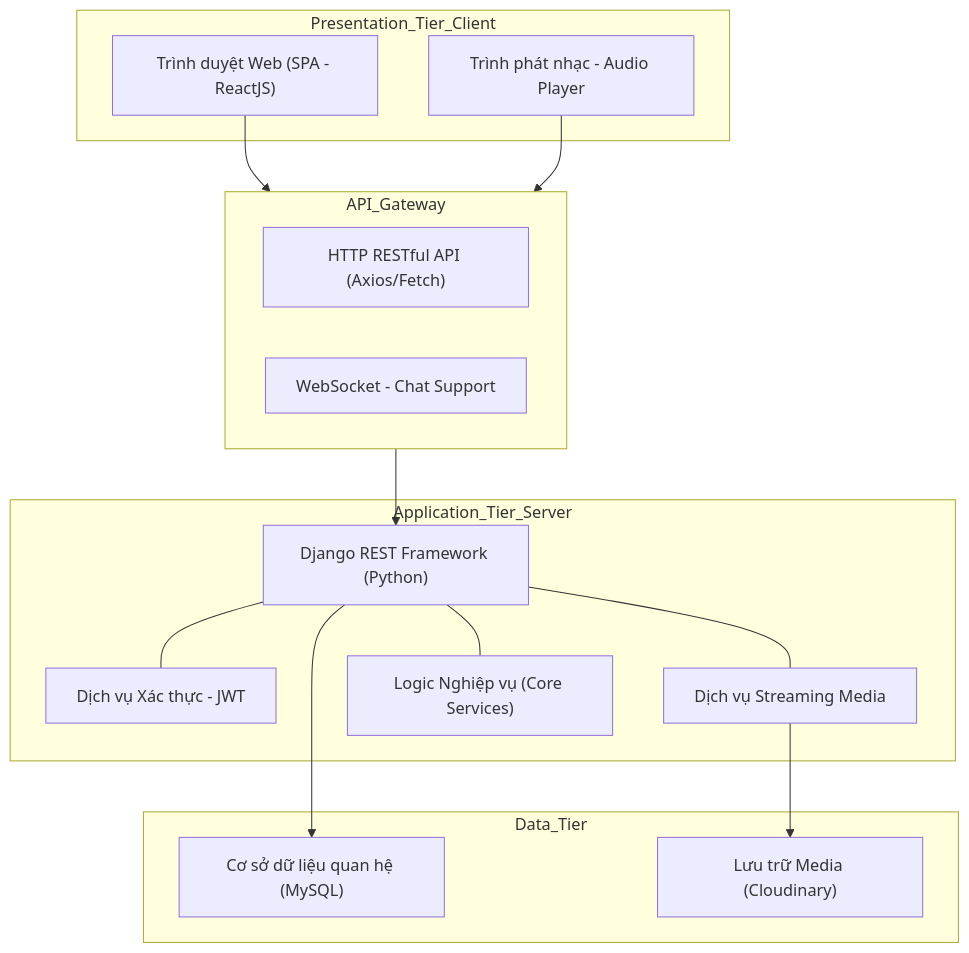
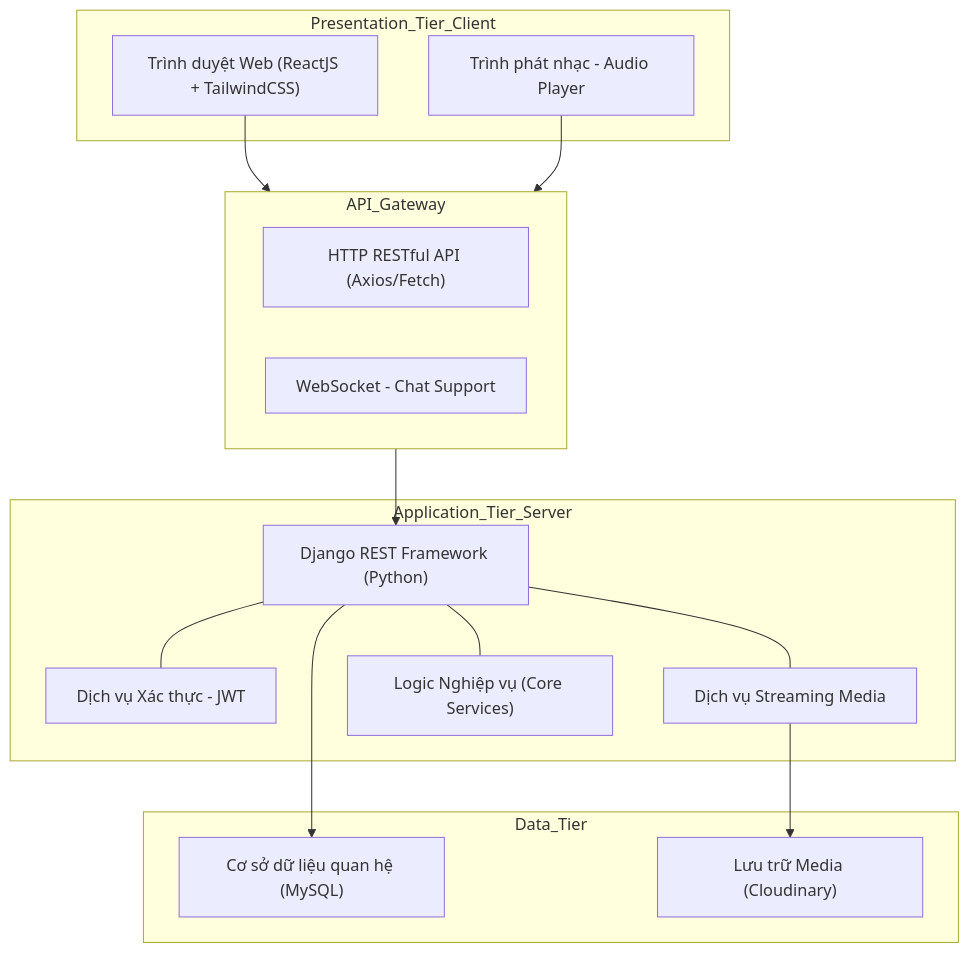
The second of 5 diagrams in Tài Liệu/SRS.md (NguyenThaiVinh0494/DACNPM_OnlineMusicStreamingWebsite), drawn with Mermaid before and after one commit. The commit also changed other lines of this file, not shown here.

````diff
--- a/Tài Liệu/SRS.md
+++ b/Tài Liệu/SRS.md
@@ -164,36 +164,36 @@
 ```mermaid
 graph TD
     subgraph Presentation_Tier_Client
-        UI["Trình duyệt Web (SPA - ReactJS)"]
+        UI["Trình duyệt Web (ReactJS + TailwindCSS)"]
         Player["Trình phát nhạc - Audio Player"]
     end
 
     subgraph API_Gateway
         HTTP["HTTP RESTful API (Axios/Fetch)"]
         WS["WebSocket - Chat Support"]
     end
 
     subgraph Application_Tier_Server
         Django["Django REST Framework (Python)"]
         Auth["Dịch vụ Xác thực - JWT"]
         StreamSrc["Dịch vụ Streaming Media"]
         Bussiness["Logic Nghiệp vụ (Core Services)"]
     end
 
     subgraph Data_Tier
         DB["Cơ sở dữ liệu quan hệ (MySQL)"]
         Storage["Lưu trữ Media (Cloudinary)"]
     end
 
     Django --- Auth
     Django --- StreamSrc
     Django --- Bussiness
 
     UI --> API_Gateway
     Player --> API_Gateway
 
     API_Gateway --> Django
 
     Django --> DB
     StreamSrc --> Storage
 ```
````
